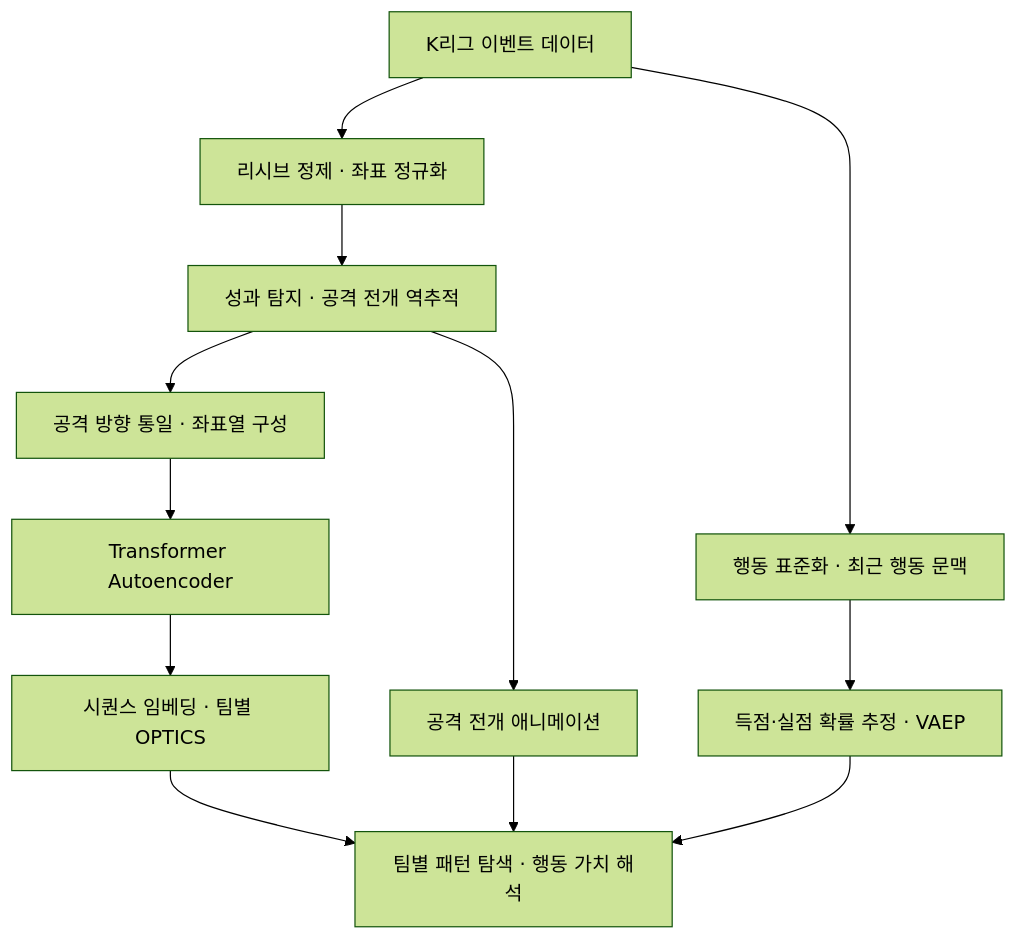
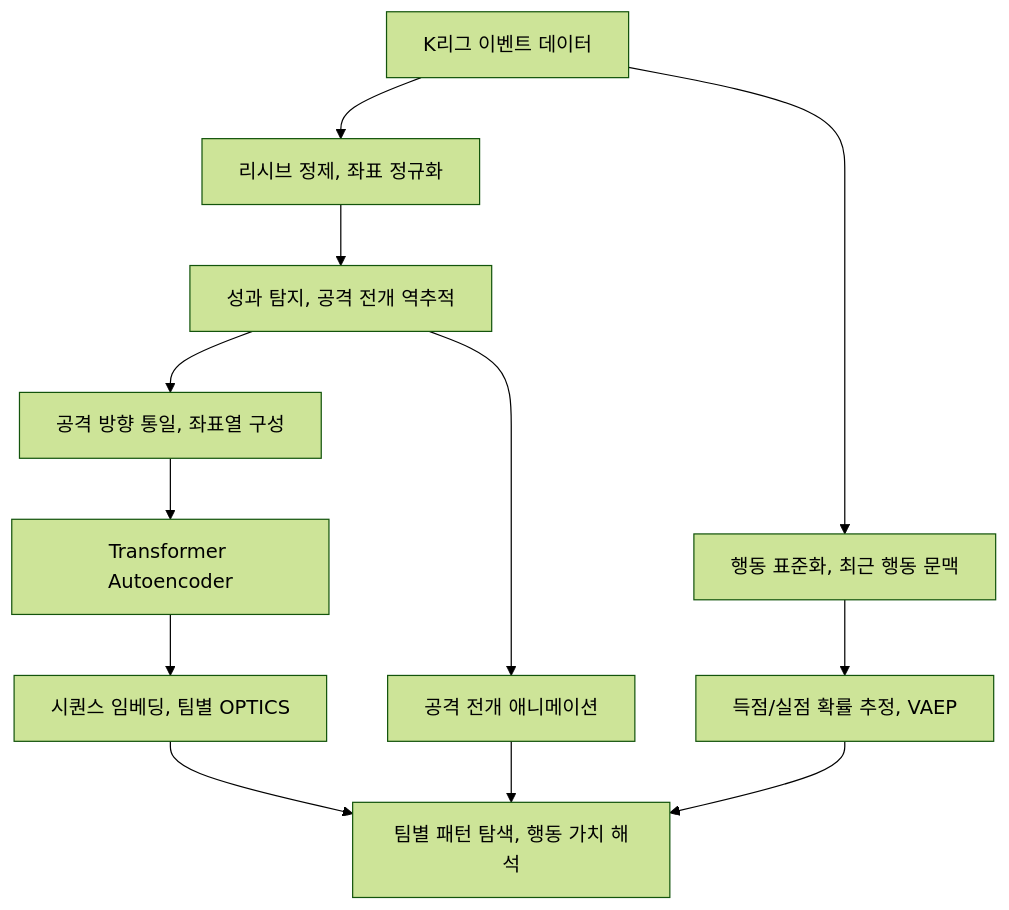
One commit to ryutt919/deTACTer2 changed the diagram in README.md. Above: the diagram before and after it, drawn with Mermaid (forest theme). The commit also changed other lines of this file, not shown here.

````diff
--- a/README.md
+++ b/README.md
@@ -32,14 +28,14 @@
 ```mermaid
 flowchart TD
-    A["K리그 이벤트 데이터"] --> B["리시브 정제 · 좌표 정규화"]
-    B --> C["성과 탐지 · 공격 전개 역추적"]
-    C --> D["공격 방향 통일 · 좌표열 구성"]
+    A["K리그 이벤트 데이터"] --> B["리시브 정제, 좌표 정규화"]
+    B --> C["성과 탐지, 공격 전개 역추적"]
+    C --> D["공격 방향 통일, 좌표열 구성"]
     D --> E["Transformer Autoencoder"]
-    E --> F["시퀀스 임베딩 · 팀별 OPTICS"]
-    A --> G["행동 표준화 · 최근 행동 문맥"]
-    G --> H["득점·실점 확률 추정 · VAEP"]
+    E --> F["시퀀스 임베딩, 팀별 OPTICS"]
+    A --> G["행동 표준화, 최근 행동 문맥"]
+    G --> H["득점/실점 확률 추정, VAEP"]
     C --> I["공격 전개 애니메이션"]
-    F --> J["팀별 패턴 탐색 · 행동 가치 해석"]
+    F --> J["팀별 패턴 탐색, 행동 가치 해석"]
     H --> J
     I --> J
 ```
````
